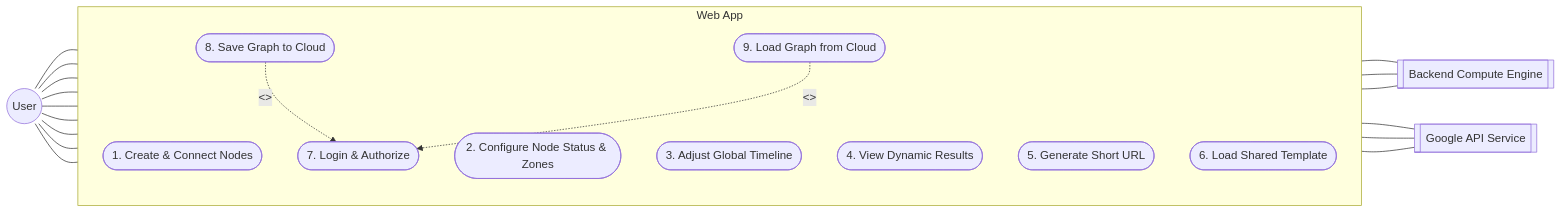
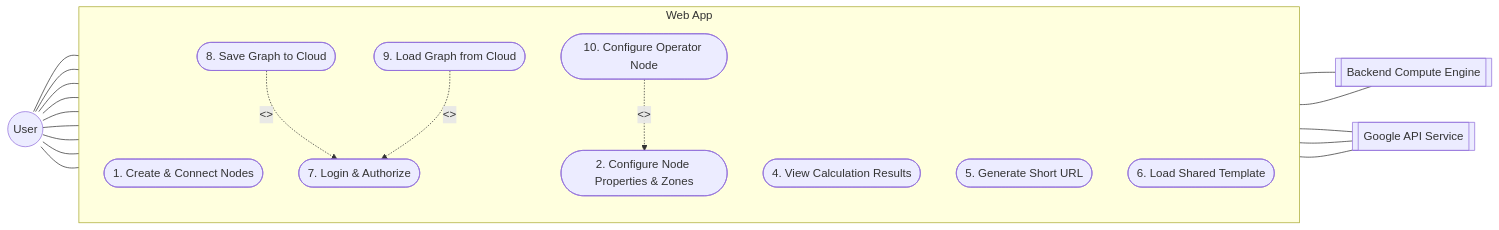
One commit to shengyucs/114-2_WebAPP_Team10 changed the second of 2 diagrams in reference/Software Requirement Specificat.md. Above: the diagram before and after it, drawn with Mermaid. The commit also changed other lines of this file and 6 other files, not shown here.

First line of the commit message:
feat: add Operator Node with dual A/B inputs and operation selector

````diff
--- a/reference/Software Requirement Specificat.md
+++ b/reference/Software Requirement Specificat.md
@@ -116,26 +116,27 @@
 ```mermaid
 flowchart LR
     User((User))
     SysEngine[[Backend Compute Engine]]
     GoogleAPI[[Google API Service]]
 
     subgraph System ["Web App"]
         direction TB
         UC1([1. Create & Connect Nodes])
-        UC2([2. Configure Node Status & Zones])
-        UC3([3. Adjust Global Timeline])
-        UC4([4. View Dynamic Results])
+        UC2([2. Configure Node Properties & Zones])
+        UC4([4. View Calculation Results])
         UC5([5. Generate Short URL])
         UC6([6. Load Shared Template])
         UC7([7. Login & Authorize])
         UC8([8. Save Graph to Cloud])
         UC9([9. Load Graph from Cloud])
+        UC10([10. Configure Operator Node])
     end
 
-    User --- UC1 & UC2 & UC3 & UC4 & UC5 & UC6 & UC7 & UC8 & UC9
+    User --- UC1 & UC2 & UC4 & UC5 & UC6 & UC7 & UC8 & UC9 & UC10
     UC8 -. "<<include>>" .-> UC7
     UC9 -. "<<include>>" .-> UC7
-    UC1 & UC3 --- SysEngine
+    UC10 -. "<<extend>>" .-> UC2
+    UC1 --- SysEngine
     SysEngine --- UC4
     UC7 & UC8 & UC9 --- GoogleAPI
 ```
````
